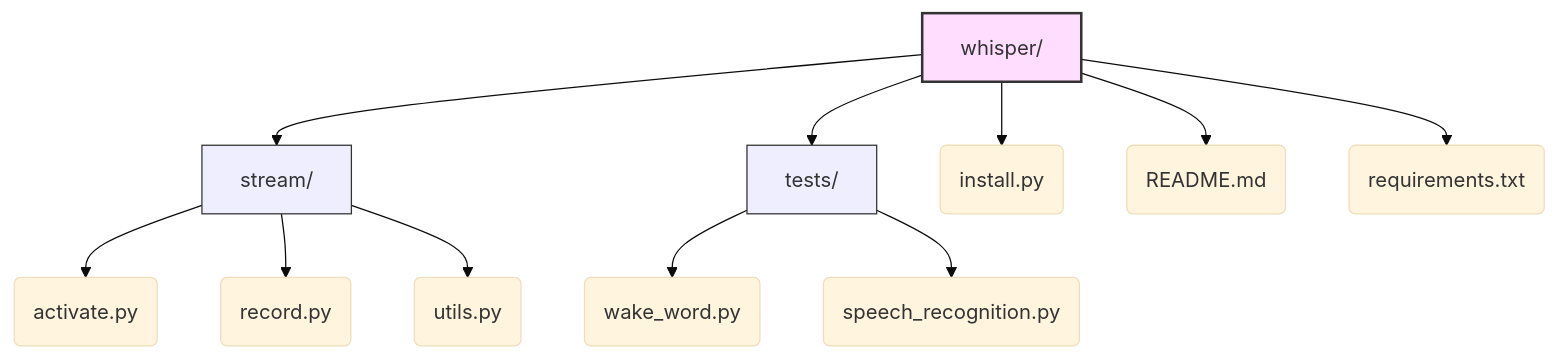
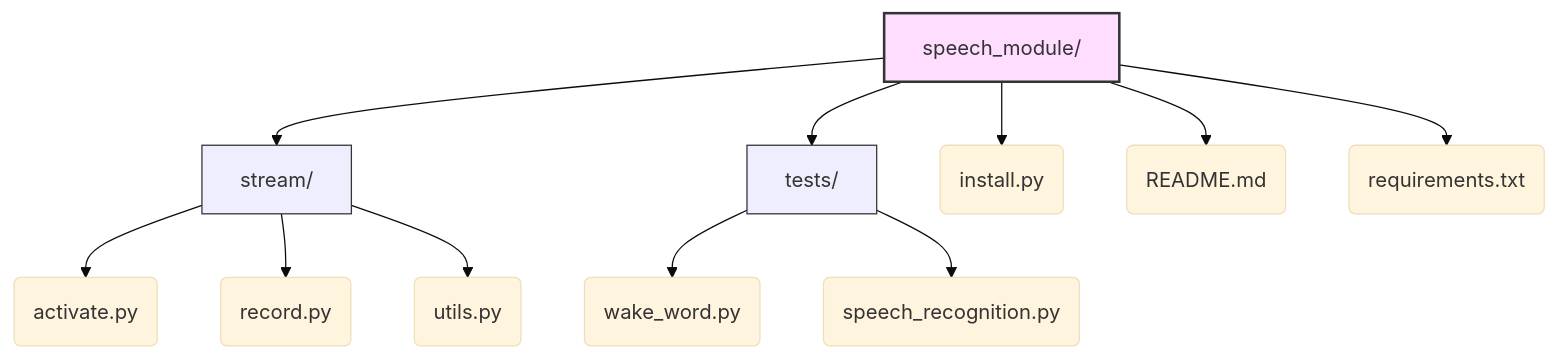
The diagram in speech_module/README.md (Talaron18/AssistantGlasses), drawn with Mermaid (base theme) before and after one commit.

Commit message:
modified:   speech_module/README.md

````diff
--- a/speech_module/README.md
+++ b/speech_module/README.md
@@ -5,23 +5,23 @@
 ```mermaid
 graph TD
     %% Main Project Root
-    Root[whisper/] --> Stream[stream/]
+    Root[speech_module/] --> Stream[stream/]
     Root --> Tests[tests/]
     Root --> Install(install.py)
     Root --> RM(README.md)
     Root --> REQ(requirements.txt)
 
     %% Stream Directory
     Stream --> Act(activate.py)
     Stream --> Rec(record.py)
     Stream --> Util(utils.py)
 
     %% Tests Directory
     Tests --> Wake(wake_word.py)
     Tests --> SR(speech_recognition.py)
 
     %% Styling for visual clarity
     style Root fill:#fdf,stroke:#333,stroke-width:2px
     style Stream fill:#eef,stroke:#333
     style Tests fill:#eef,stroke:#333
 ```
````
